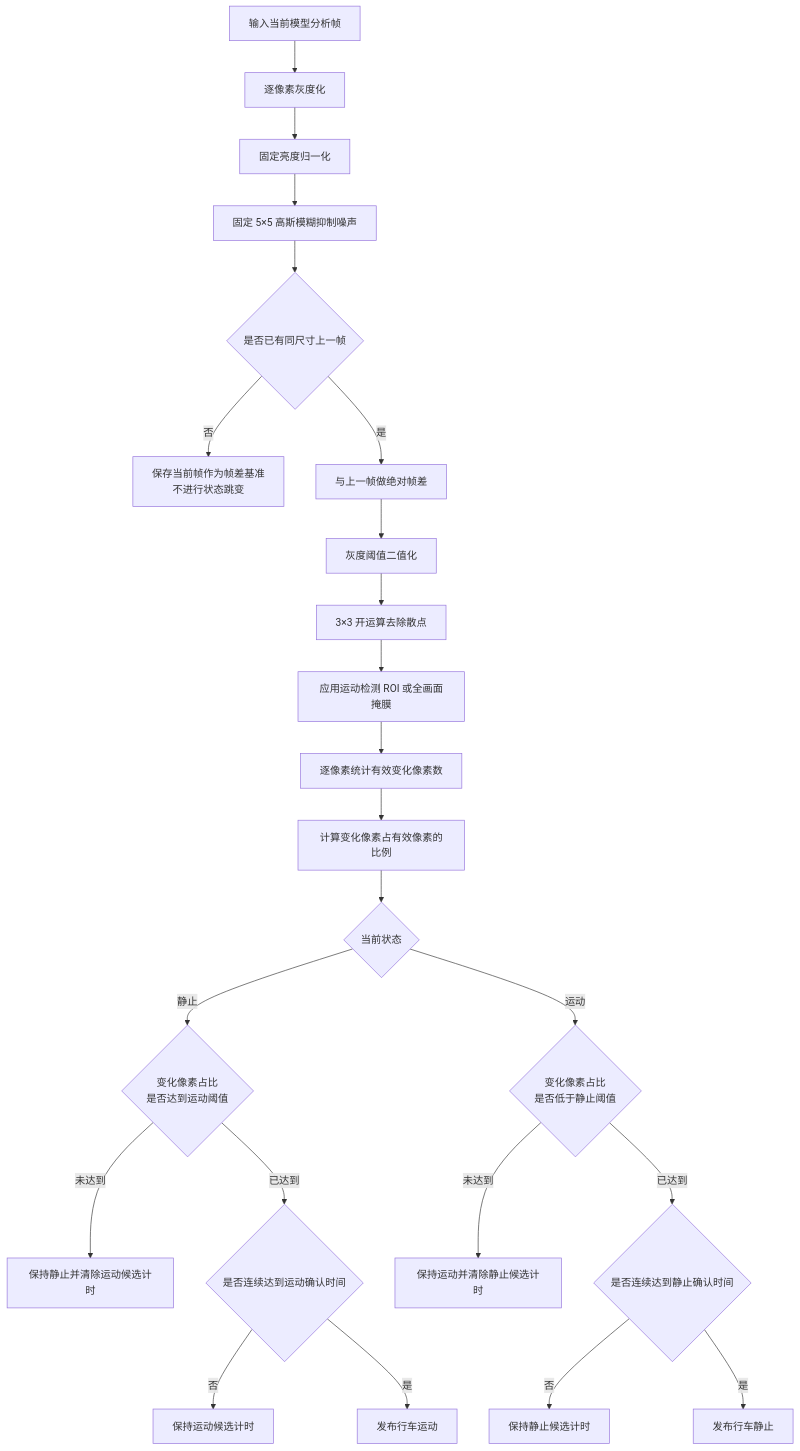
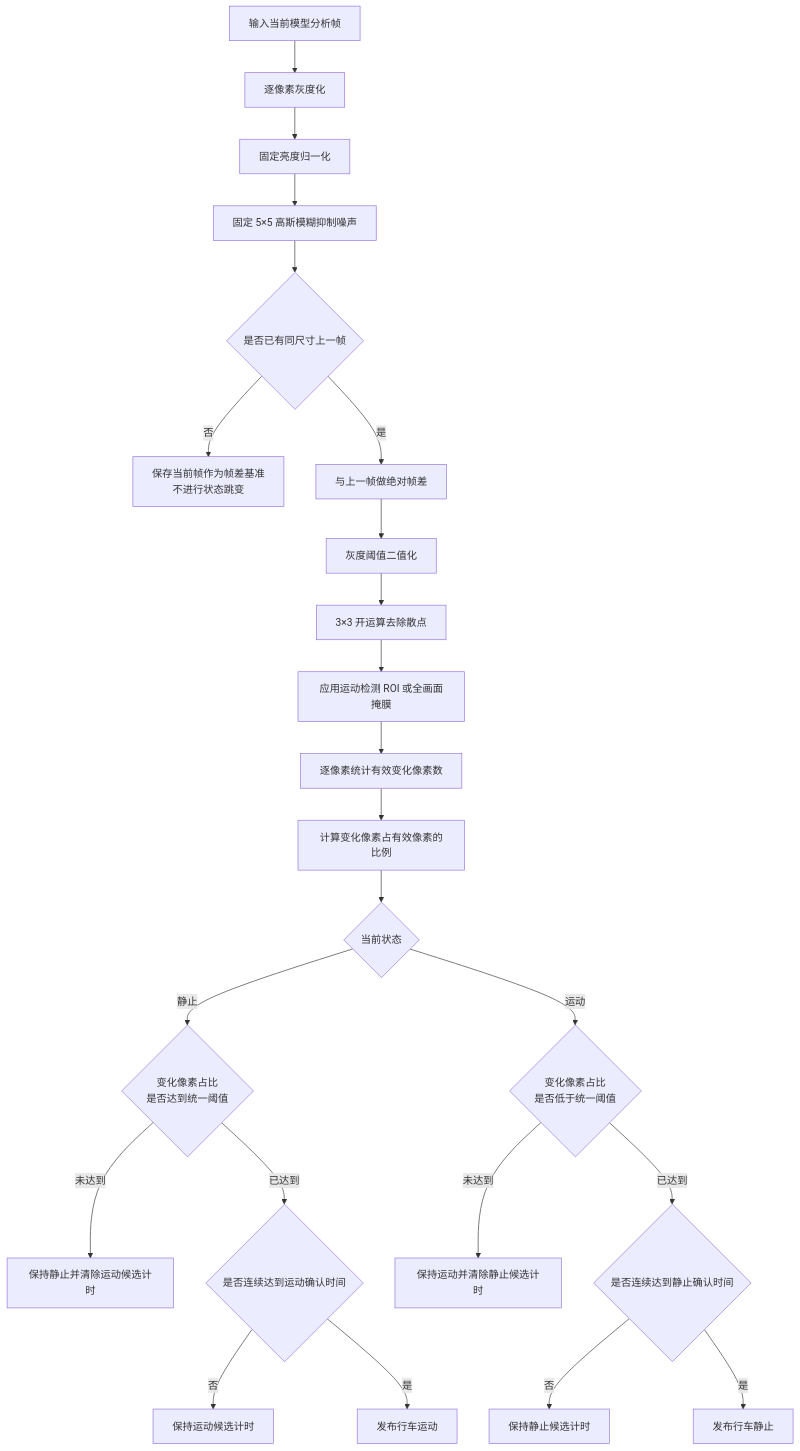
Before and after one commit to LaoWei2001/rk3588_visual_analysis_framework: the third of 10 diagrams in vision_analysis/src/logic/global_modules/global_crane_safety_controller/CRANE_SAFETY_SYSTEM_DESIGN.md, drawn with Mermaid. The commit also changed other lines of this file and 51 other files, not shown here.

Commit message:
2026/09/24 添加bytetrack跟踪算法，web端可按时间筛选报警图片

````diff
--- a/vision_analysis/src/logic/global_modules/global_crane_safety_controller/CRANE_SAFETY_SYSTEM_DESIGN.md
+++ b/vision_analysis/src/logic/global_modules/global_crane_safety_controller/CRANE_SAFETY_SYSTEM_DESIGN.md
@@ -147,25 +147,25 @@
 ```mermaid
 flowchart TD
     A["输入当前模型分析帧"] --> C["逐像素灰度化"]
     C --> E["固定亮度归一化"]
     E --> G["固定 5×5 高斯模糊抑制噪声"]
     G --> A0{"是否已有同尺寸上一帧"}
     A0 -->|否| A1["保存当前帧作为帧差基准<br/>不进行状态跳变"]
     A0 -->|是| H["与上一帧做绝对帧差"]
     H --> I["灰度阈值二值化"]
     I --> J["3×3 开运算去除散点"]
     J --> K["应用运动检测 ROI 或全画面掩膜"]
     K --> L["逐像素统计有效变化像素数"]
     L --> M["计算变化像素占有效像素的比例"]
     M --> O{"当前状态"}
-    O -->|静止| P{"变化像素占比<br/>是否达到运动阈值"}
+    O -->|静止| P{"变化像素占比<br/>是否达到统一阈值"}
     P -->|未达到| P0["保持静止并清除运动候选计时"]
     P -->|已达到| Q{"是否连续达到运动确认时间"}
     Q -->|否| Q0["保持运动候选计时"]
     Q -->|是| R["发布行车运动"]
-    O -->|运动| S{"变化像素占比<br/>是否低于静止阈值"}
+    O -->|运动| S{"变化像素占比<br/>是否低于统一阈值"}
     S -->|未达到| S0["保持运动并清除静止候选计时"]
     S -->|已达到| T{"是否连续达到静止确认时间"}
     T -->|否| T0["保持静止候选计时"]
     T -->|是| U["发布行车静止"]
 ```
````
